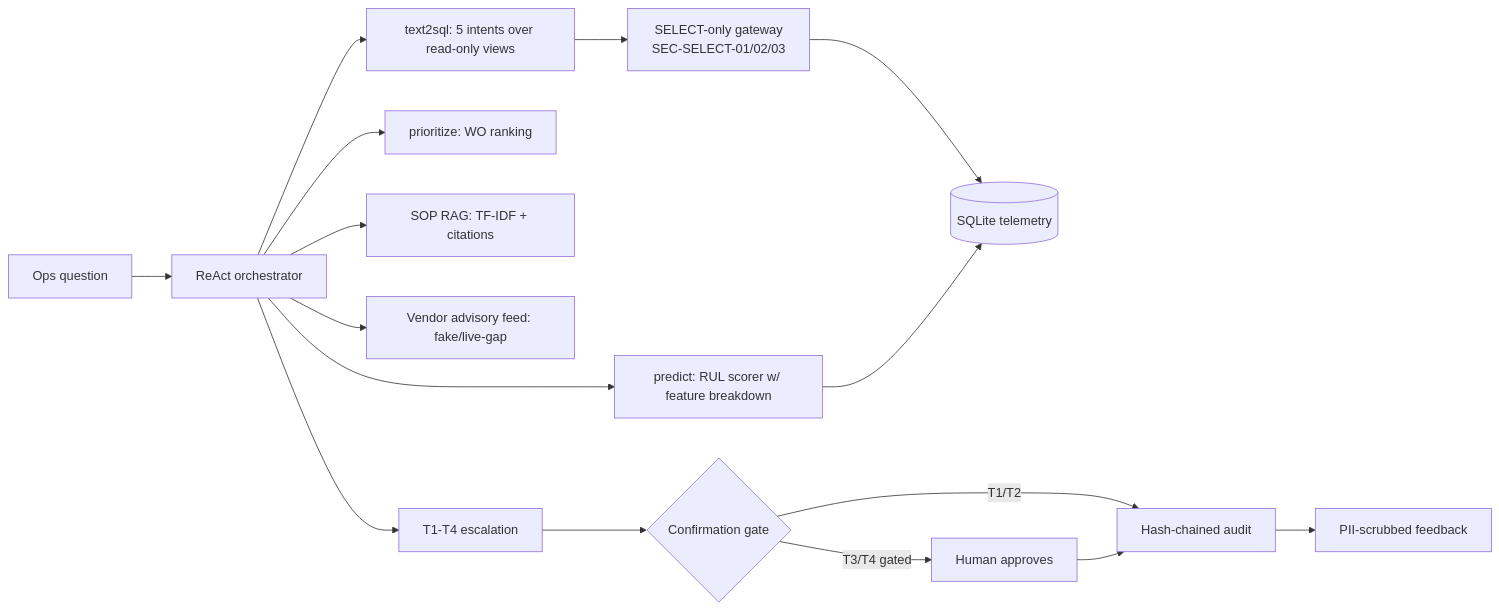
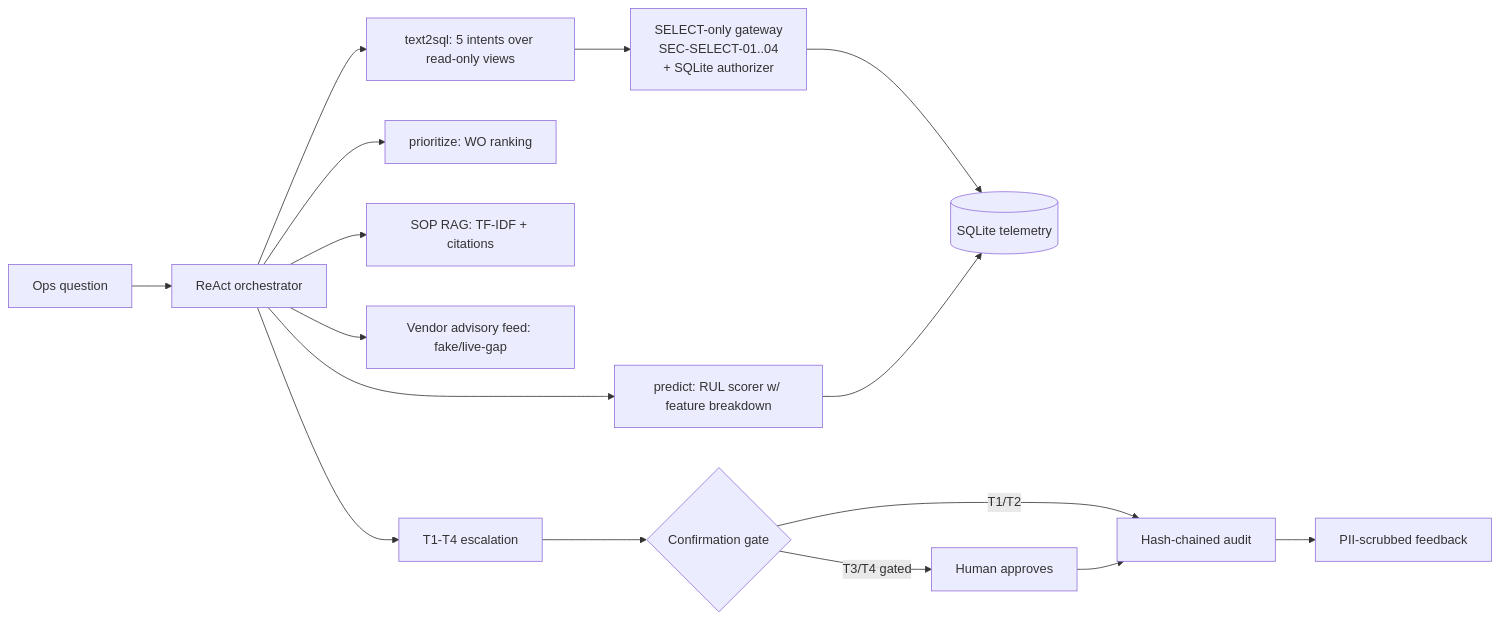
One commit to jagadishmazure-jpg/Jagadish-predictive-maintenance-agents changed the first of 2 diagrams in knowledge/architecture.md. Above: the diagram before and after it, drawn with Mermaid. The commit also changed 21 other files, not shown here.

First line of the commit message:
Standardize: CI, security files, gateway authorizer backstop, review fixes

````diff
--- a/knowledge/architecture.md
+++ b/knowledge/architecture.md
@@ -3,18 +3,18 @@
 ```mermaid
 flowchart LR
     Q[Ops question] --> O[ReAct orchestrator]
     O --> T[text2sql: 5 intents over read-only views]
     O --> P[predict: RUL scorer w/ feature breakdown]
     O --> W[prioritize: WO ranking]
     O --> R[SOP RAG: TF-IDF + citations]
     O --> V[Vendor advisory feed: fake/live-gap]
-    T --> G[SELECT-only gateway<br/>SEC-SELECT-01/02/03]
+    T --> G[SELECT-only gateway<br/>SEC-SELECT-01..04<br/>+ SQLite authorizer]
     G --> DB[(SQLite telemetry)]
     P --> DB
     O --> E[T1-T4 escalation]
     E --> C{Confirmation gate}
     C -->|T3/T4 gated| H[Human approves]
     C -->|T1/T2| A[Hash-chained audit]
     H --> A
     A --> F[PII-scrubbed feedback]
 ```
````
